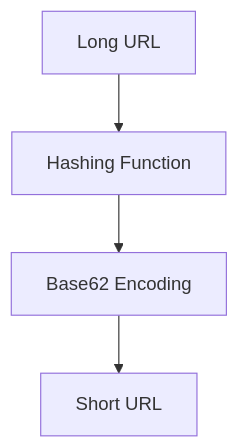
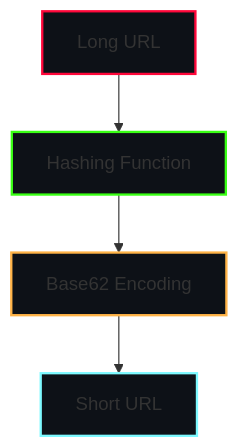
One commit to talal-nabulsi/system-design-brain changed the second of 4 diagrams in urlshortener.md. Above: the diagram before and after it, drawn with Mermaid. The commit also changed other lines of this file, not shown here.

````diff
--- a/urlshortener.md
+++ b/urlshortener.md
@@ -125,6 +132,11 @@
 ```mermaid
 graph TD;
+    style LongURL fill:#0d1117,stroke:#ff073a,stroke-width:2px;
+    style Hashing fill:#0d1117,stroke:#39ff14,stroke-width:2px;
+    style Base62Encoding fill:#0d1117,stroke:#ffb347,stroke-width:2px;
+    style ShortURL fill:#0d1117,stroke:#7df9ff,stroke-width:2px;
+
     LongURL[Long URL] --> Hashing[Hashing Function];
     Hashing --> Base62Encoding[Base62 Encoding];
     Base62Encoding --> ShortURL[Short URL];
 ```
````
